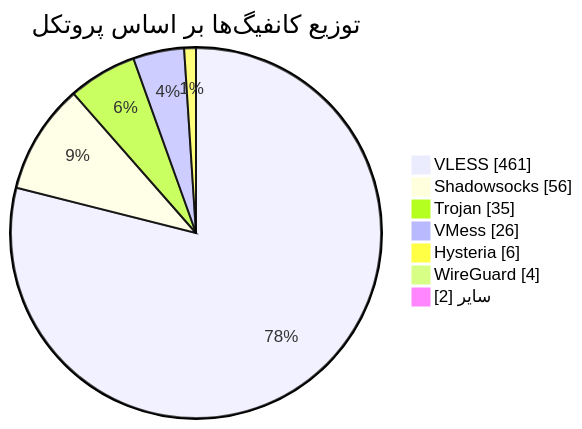
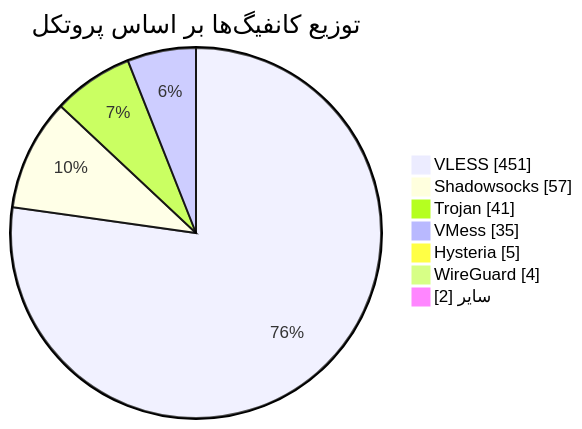
The diagram in README.md (Arian-Alijani/Somthing), drawn with Mermaid before and after one commit. The commit also changed other lines of this file and 17 other files, not shown here.

````diff
--- a/README.md
+++ b/README.md
@@ -49,11 +49,11 @@
 ```mermaid
 pie showData
     title توزیع کانفیگ‌ها بر اساس پروتکل
-    "VLESS" : 461
-    "Shadowsocks" : 56
-    "Trojan" : 35
-    "VMess" : 26
-    "Hysteria" : 6
+    "VLESS" : 451
+    "Shadowsocks" : 57
+    "Trojan" : 41
+    "VMess" : 35
+    "Hysteria" : 5
     "WireGuard" : 4
     "سایر" : 2
 ```
````
